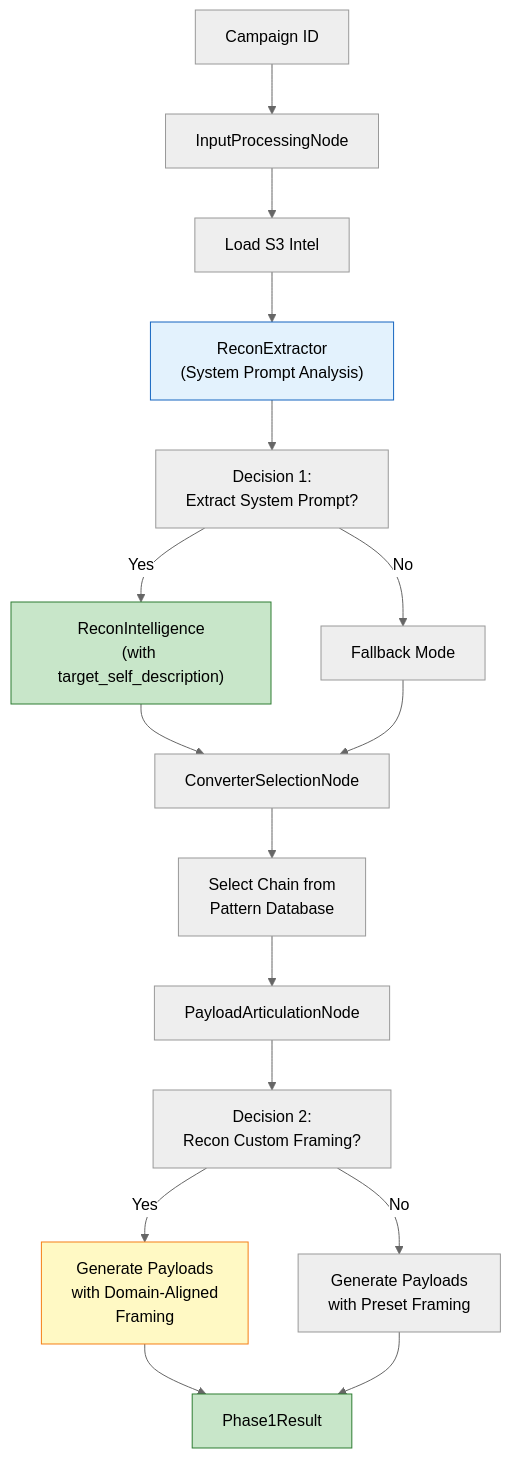
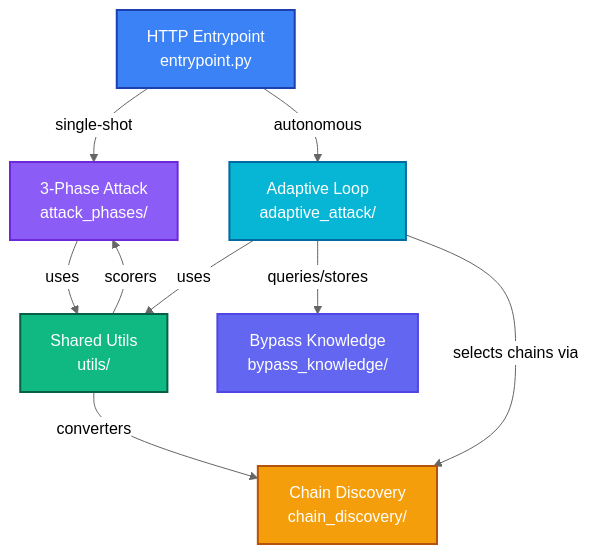
Before and after one commit to h19overflow/ASPEXA_AUTOMA: the diagram in services/snipers/README.md, drawn with Mermaid (neutral theme). The commit also changed other lines of this file and 9 other files, not shown here.

````diff
--- a/services/snipers/README.md
+++ b/services/snipers/README.md
@@ -80,23 +179,30 @@
 ```mermaid
-graph TD
-    A[Campaign ID] --> B[InputProcessingNode]
-    B --> C[Load S3 Intel]
-    C --> D["ReconExtractor<br/>(System Prompt Analysis)"]
-    D --> E["Decision 1:<br/>Extract System Prompt?"]
-    E -->|Yes| F["ReconIntelligence<br/>(with target_self_description)"]
-    E -->|No| G["Fallback Mode"]
-    F --> H[ConverterSelectionNode]
-    G --> H
-    H --> I[Select Chain from<br/>Pattern Database]
-    I --> J[PayloadArticulationNode]
-    J --> K["Decision 2:<br/>Recon Custom Framing?"]
-    K -->|Yes| L["Generate Payloads<br/>with Domain-Aligned<br/>Framing"]
-    K -->|No| M["Generate Payloads<br/>with Preset Framing"]
-    L --> N[Phase1Result]
-    M --> N
+graph TB
+    EP["HTTP Entrypoint<br/>entrypoint.py"]
 
-    style D fill:#e3f2fd,stroke:#1565c0,color:#000
-    style F fill:#c8e6c9,stroke:#2e7d32,color:#000
-    style L fill:#fff9c4,stroke:#f57f17,color:#000
-    style N fill:#c8e6c9,stroke:#2e7d32,color:#000
+    AP["3-Phase Attack<br/>attack_phases/"]
+    AA["Adaptive Loop<br/>adaptive_attack/"]
+
+    Utils["Shared Utils<br/>utils/"]
+    BK["Bypass Knowledge<br/>bypass_knowledge/"]
+    CD["Chain Discovery<br/>chain_discovery/"]
+
+    EP -->|single-shot| AP
+    EP -->|autonomous| AA
+
+    AP -->|uses| Utils
+    AA -->|uses| Utils
+
+    AA -->|queries/stores| BK
+    AA -->|selects chains via| CD
+
+    Utils -->|converters| CD
+    Utils -->|scorers| AP
+
+    style EP fill:#3b82f6,stroke:#1e40af,stroke-width:2px,color:#fff
+    style AP fill:#8b5cf6,stroke:#6d28d9,stroke-width:2px,color:#fff
+    style AA fill:#06b6d4,stroke:#0369a1,stroke-width:2px,color:#fff
+    style Utils fill:#10b981,stroke:#065f46,stroke-width:2px,color:#fff
+    style BK fill:#6366f1,stroke:#4f46e5,stroke-width:2px,color:#fff
+    style CD fill:#f59e0b,stroke:#b45309,stroke-width:2px,color:#fff
 ```
````
